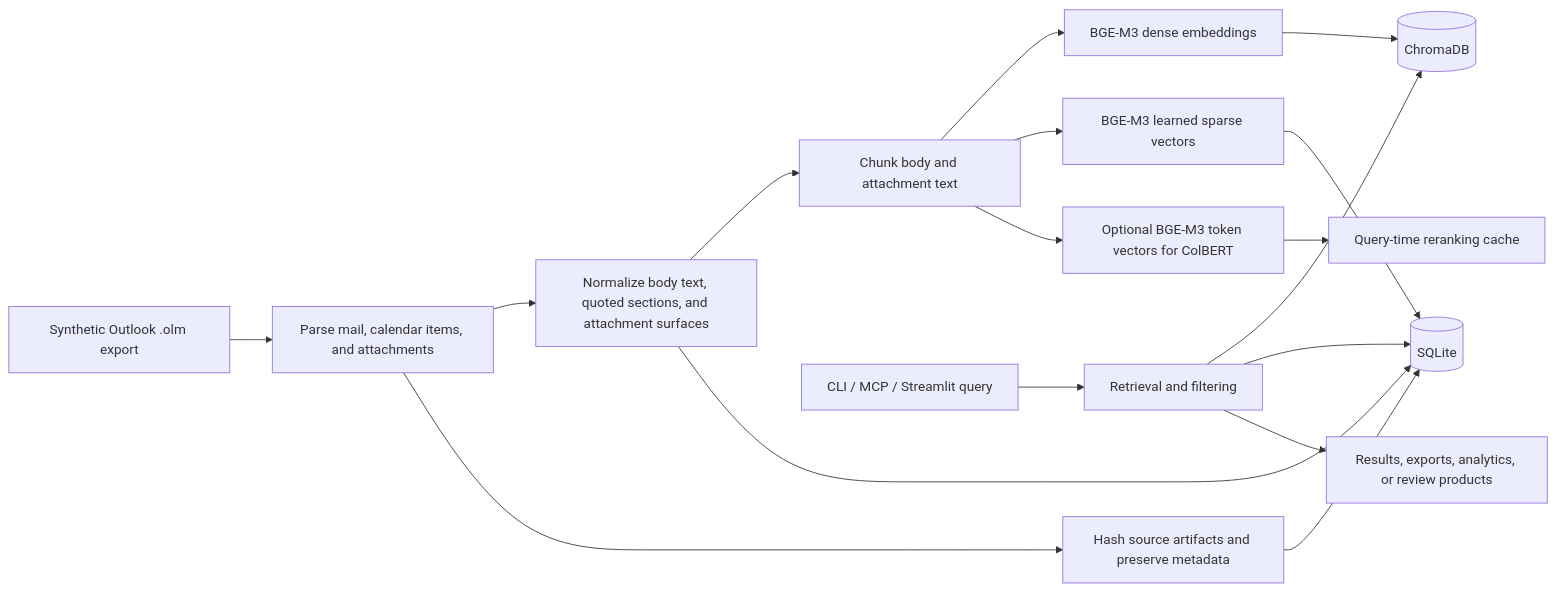
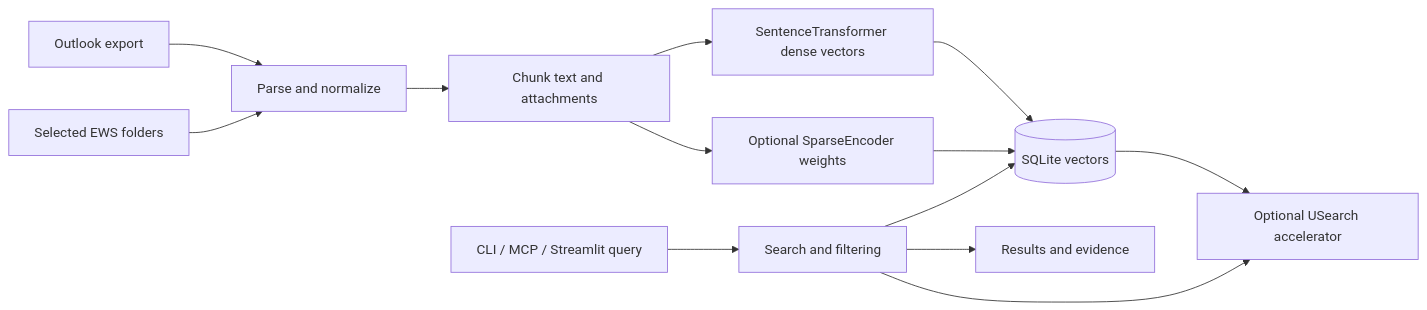
The first of 2 diagrams in docs/ARCHITECTURE_AND_METHODS.md (sebastianspicker/mailarium-olm), drawn with Mermaid before and after one commit. The commit also changed other lines of this file and 591 other files, not shown here.

````diff
--- a/docs/ARCHITECTURE_AND_METHODS.md
+++ b/docs/ARCHITECTURE_AND_METHODS.md
@@ -52,20 +27,15 @@
 ```mermaid
 flowchart LR
-    OLM["Synthetic Outlook .olm export"] --> PARSE["Parse mail, calendar items, and attachments"]
-    PARSE --> NORMALIZE["Normalize body text, quoted sections, and attachment surfaces"]
-    PARSE --> PROVENANCE["Hash source artifacts and preserve metadata"]
-    NORMALIZE --> CHUNK["Chunk body and attachment text"]
-    CHUNK --> DENSE["BGE-M3 dense embeddings"]
-    CHUNK --> SPARSE["BGE-M3 learned sparse vectors"]
-    CHUNK --> COLBERT["Optional BGE-M3 token vectors for ColBERT"]
-    DENSE --> CHROMA[("ChromaDB")]
-    SPARSE --> SQLITE[("SQLite")]
-    PROVENANCE --> SQLITE
-    NORMALIZE --> SQLITE
-    COLBERT --> RUNTIME["Query-time reranking cache"]
-
-    QUERY["CLI / MCP / Streamlit query"] --> RETRIEVE["Retrieval and filtering"]
-    RETRIEVE --> CHROMA
+    OLM["Outlook export"] --> PARSE["Parse and normalize"]
+    EWS["Selected EWS folders"] --> PARSE
+    PARSE --> CHUNK["Chunk text and attachments"]
+    CHUNK --> DENSE["SentenceTransformer dense vectors"]
+    CHUNK --> SPARSE["Optional SparseEncoder weights"]
+    DENSE --> SQLITE[("SQLite vectors")]
+    SPARSE --> SQLITE
+    SQLITE --> USEARCH["Optional USearch accelerator"]
+    QUERY["CLI / MCP / Streamlit query"] --> RETRIEVE["Search and filtering"]
     RETRIEVE --> SQLITE
-    RETRIEVE --> OUTPUT["Results, exports, analytics, or review products"]
+    RETRIEVE --> USEARCH
+    RETRIEVE --> OUTPUT["Results and evidence"]
 ```
````
